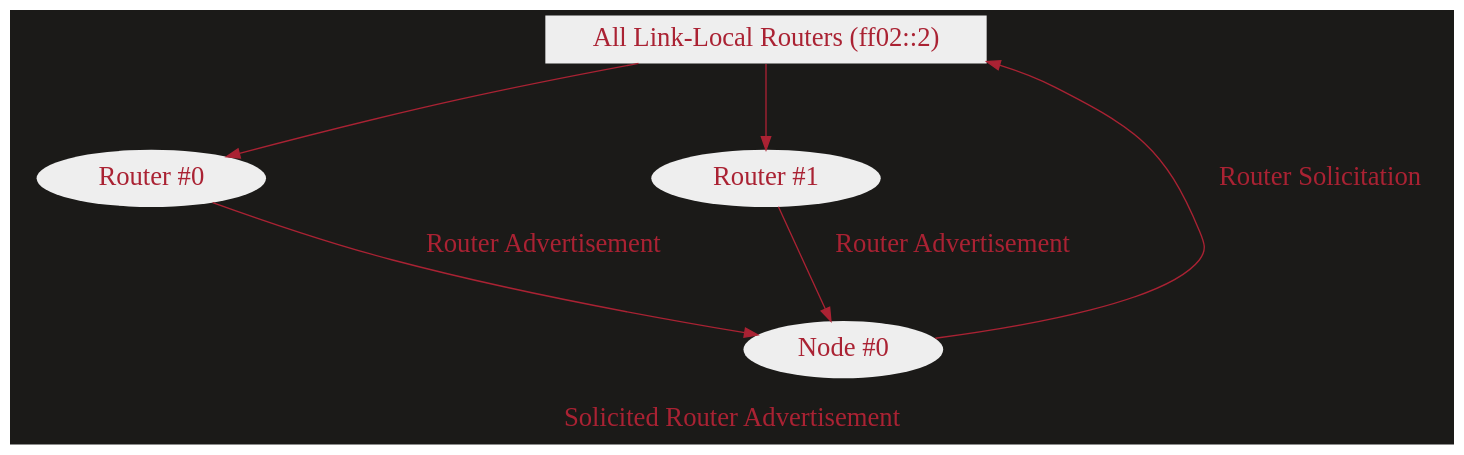
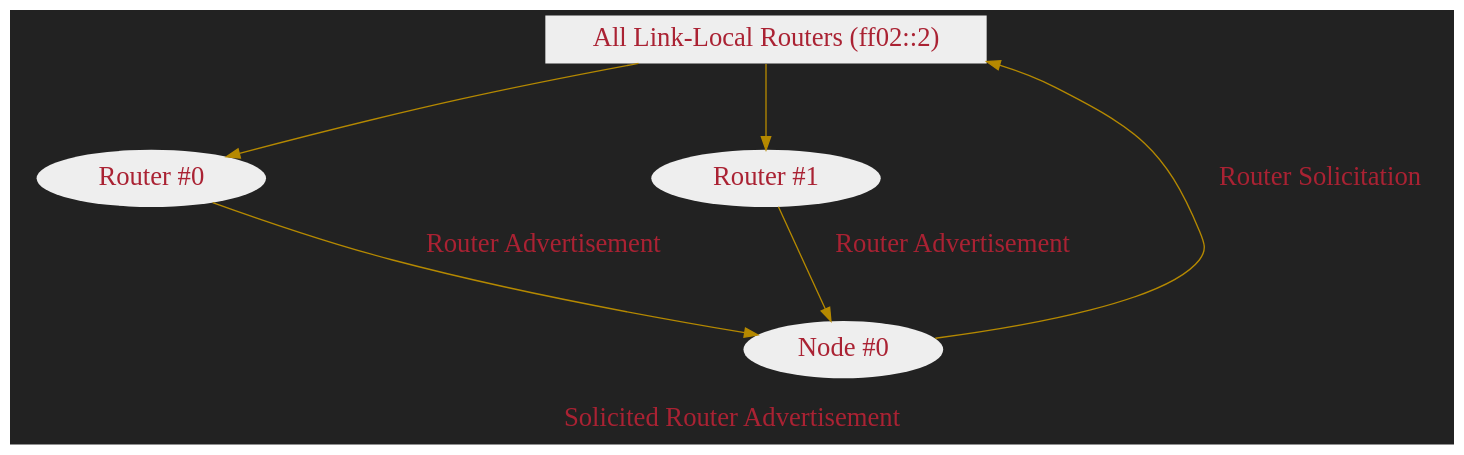
One commit to dlrobertson/dlrobertson.com changed the diagram in slides/graphs/sources/ndp-sra.dot. Above: the diagram before and after it, drawn with Graphviz. The commit also changed 20 other files, not shown here.

```diff
--- a/slides/graphs/sources/ndp-sra.dot
+++ b/slides/graphs/sources/ndp-sra.dot
@@ -1,50 +1,50 @@
 digraph SRA {
     label="Solicited Router Advertisement"
     compound=true
     splines=true
     nodesep=4
     color=none
     fontcolor="#aa2233"
     fontsize=20
-    bgcolor="#1b1a18"
-    edge[color="#aa2233", fontcolor="#aa2233", fontsize=20]
+    bgcolor="#222222"
+    edge[color="#b58900", fontcolor="#aa2233", fontsize=20]
     node[fontcolor="#aa2233", fontsize=20]
     subgraph cluster0 {
         style="invis"
         label="Routers"
         router0[
             label="Router #0"
             style=filled
             color=none
             fillcolor="#eeeeee"
         ]
         router1[
             label="Router #1"
             style=filled
             color=none
             fillcolor="#eeeeee"
         ]
     }
     all_routers[
         label="All Link-Local Routers (ff02::2)"
         style=filled
         color=none
         fillcolor="#eeeeee"
         shape=rectangle
     ]
     subgraph cluster1 {
         label="Nodes"
         style="invis"
         node0[
             label="Node #0"
             style=filled
             color=none
             fillcolor="#eeeeee"
         ]
     }
     node0 -> all_routers[label="Router Solicitation"]
     all_routers -> router0
     all_routers -> router1
     router0 -> node0[label="Router Advertisement"]
     router1 -> node0[label="Router Advertisement"]
 }
```
